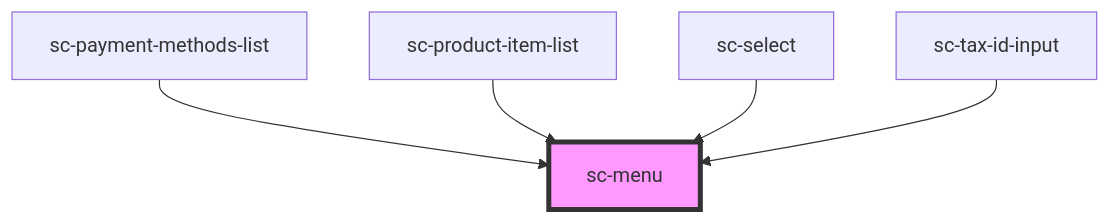
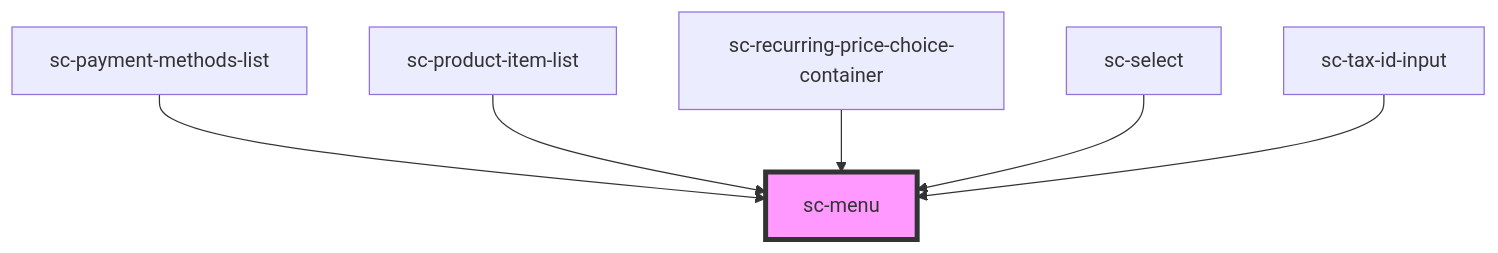
The diagram in packages/components/src/components/ui/menu/readme.md (surecart/surecart-wp-plugin), drawn with Mermaid before and after one commit. The commit also changed other lines of this file and 23 other files, not shown here.

````diff
--- a/packages/components/src/components/ui/menu/readme.md
+++ b/packages/components/src/components/ui/menu/readme.md
@@ -30,8 +31,9 @@
 ```mermaid
 graph TD;
   sc-payment-methods-list --> sc-menu
   sc-product-item-list --> sc-menu
+  sc-recurring-price-choice-container --> sc-menu
   sc-select --> sc-menu
   sc-tax-id-input --> sc-menu
   style sc-menu fill:#f9f,stroke:#333,stroke-width:4px
 ```
````
